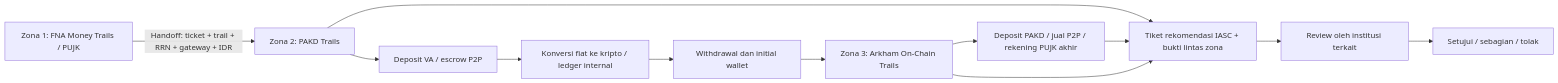
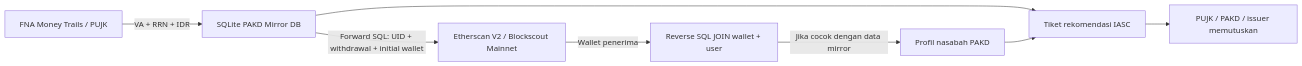
The diagram in README.md (cesartputra/crypto-trails), drawn with Mermaid before and after one commit. The commit also changed other lines of this file and 22 other files, not shown here.

Commit message:
Replace Arkham with SQLite PAKD Mirror DB and live Etherscan mainnet tracing

````diff
--- a/README.md
+++ b/README.md
@@ -27,14 +43,10 @@
 ```mermaid
 flowchart LR
-  F[Zona 1: FNA Money Trails / PUJK] -->|Handoff: ticket + trail + RRN + gateway + IDR| P
-  P[Zona 2: PAKD Trails] --> D[Deposit VA / escrow P2P]
-  D --> C[Konversi fiat ke kripto / ledger internal]
-  C --> W[Withdrawal dan initial wallet]
-  W --> A[Zona 3: Arkham On-Chain Trails]
-  A --> X[Deposit PAKD / jual P2P / rekening PUJK akhir]
-  P --> G[Tiket rekomendasi IASC + bukti lintas zona]
-  X --> G
-  A --> G
-  G --> I[Review oleh institusi terkait]
-  I --> Y[Setujui / sebagian / tolak]
+  F[FNA Money Trails / PUJK] -->|VA + RRN + IDR| M[SQLite PAKD Mirror DB]
+  M -->|Forward SQL: UID + withdrawal + initial wallet| E[Etherscan V2 / Blockscout Mainnet]
+  E -->|Wallet penerima| R[Reverse SQL JOIN wallet + user]
+  R -->|Jika cocok dengan data mirror| P[Profil nasabah PAKD]
+  M --> T[Tiket rekomendasi IASC]
+  P --> T
+  T --> I[PUJK / PAKD / issuer memutuskan]
 ```
````
